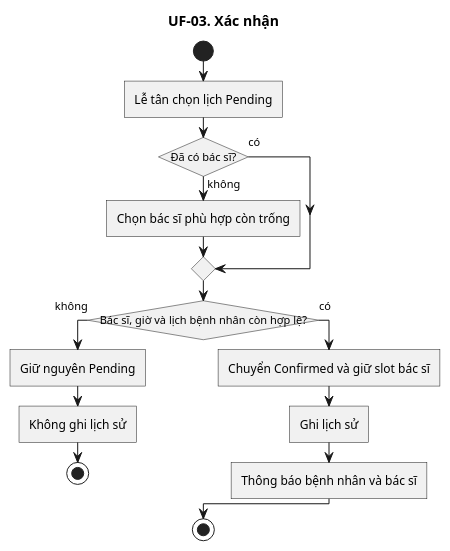
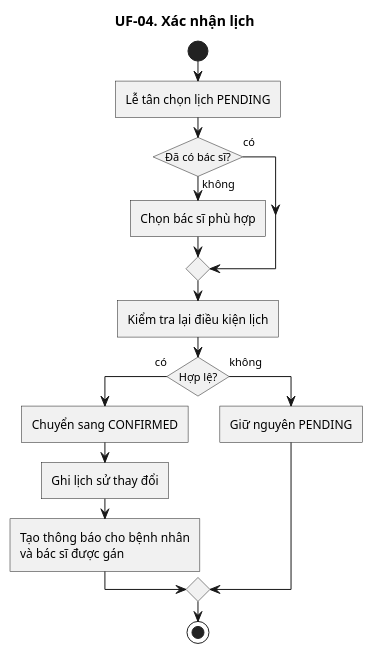
Before and after one commit to KhaVan-oi/ViClinic: the diagram in doc/user-flow/04-xac-nhan.puml, drawn with PlantUML. The commit also changed 26 other files, not shown here.

```diff
--- a/doc/user-flow/04-xac-nhan.puml
+++ b/doc/user-flow/04-xac-nhan.puml
@@ -1,25 +1,26 @@
 @startuml
-title UF-03. Xác nhận
+title UF-04. Xác nhận lịch
+
 skinparam linetype ortho
 skinparam shadowing false
 skinparam roundcorner 0
 skinparam conditionStyle InsideDiamond
 skinparam conditionEndStyle diamond
 
 start
-:Lễ tân chọn lịch Pending;
+:Lễ tân chọn lịch PENDING;
 if (Đã có bác sĩ?) then (không)
-  :Chọn bác sĩ phù hợp còn trống;
+  :Chọn bác sĩ phù hợp;
 else (có)
 endif
-if (Bác sĩ, giờ và lịch bệnh nhân còn hợp lệ?) then (không)
-  :Giữ nguyên Pending;
-  :Không ghi lịch sử;
-  stop
-else (có)
-  :Chuyển Confirmed và giữ slot bác sĩ;
-  :Ghi lịch sử;
-  :Thông báo bệnh nhân và bác sĩ;
+:Kiểm tra lại điều kiện lịch;
+if (Hợp lệ?) then (có)
+  :Chuyển sang CONFIRMED;
+  :Ghi lịch sử thay đổi;
+  :Tạo thông báo cho bệnh nhân
+và bác sĩ được gán;
+else (không)
+  :Giữ nguyên PENDING;
 endif
 stop
 @enduml
```
